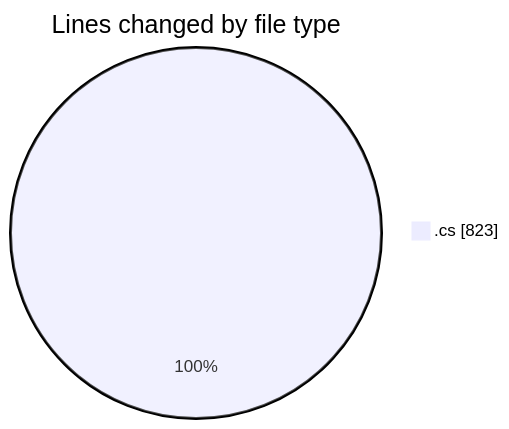
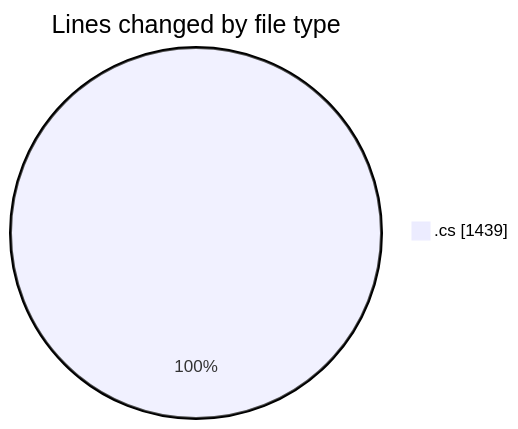
Before and after one commit to Netris89/code-tracking: the first of 2 diagrams in 2025-03-26/back-end/README.md, drawn with Mermaid. The commit also changed other lines of this file and 1 other file, not shown here.

````diff
--- a/2025-03-26/back-end/README.md
+++ b/2025-03-26/back-end/README.md
@@ -25,5 +31,5 @@
 ```mermaid
 pie showData
 title Lines changed by file type
-".cs" : 823
+".cs" : 1439
 ```
````
